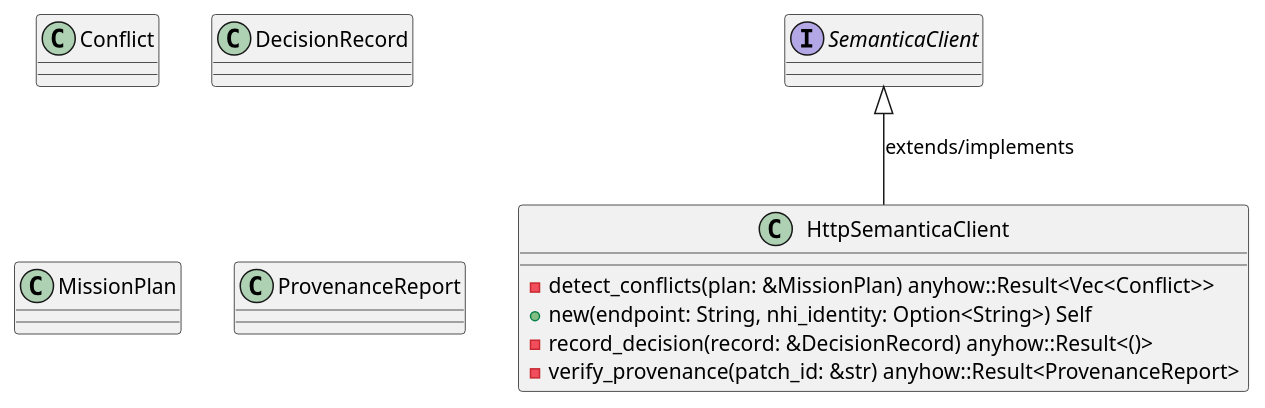
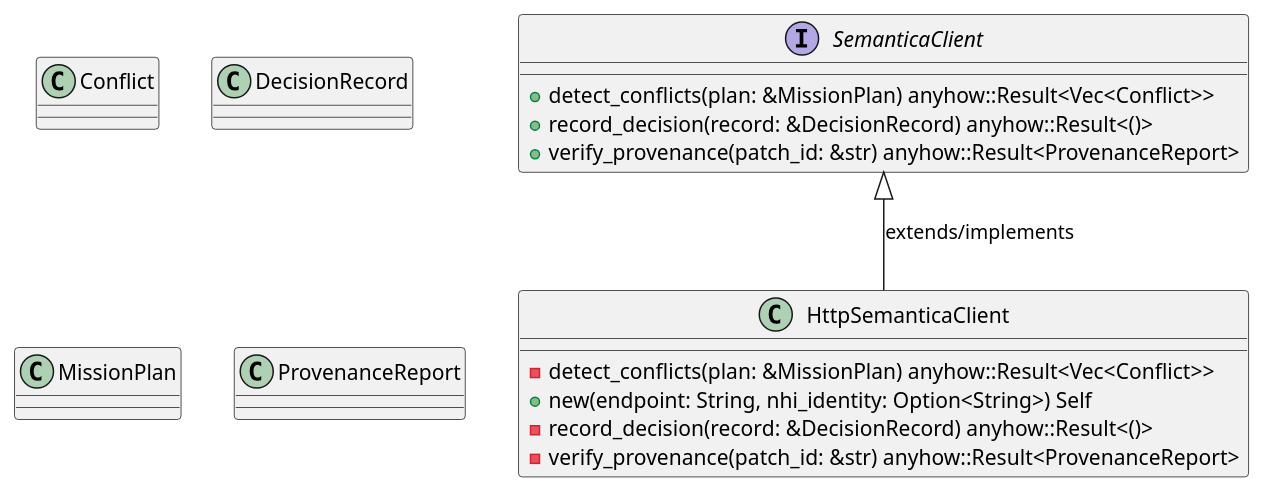
Before and after one commit to lgcorzo/rust_CACD_autonomous_factory: the first of 6 diagrams in openwiki/crates_factory_infrastructure_src_semantica.md, drawn with PlantUML. The commit also changed other lines of this file and 96 other files, not shown here.

````diff
--- a/openwiki/crates_factory_infrastructure_src_semantica.md
+++ b/openwiki/crates_factory_infrastructure_src_semantica.md
@@ -200,22 +288,25 @@
 ```plantuml
 @startuml
 class Conflict {
 }
 class DecisionRecord {
 }
 class HttpSemanticaClient {
     -detect_conflicts(plan: &MissionPlan) anyhow::Result<Vec<Conflict>>
     +new(endpoint: String, nhi_identity: Option<String>) Self
     -record_decision(record: &DecisionRecord) anyhow::Result<()>
     -verify_provenance(patch_id: &str) anyhow::Result<ProvenanceReport>
 }
 SemanticaClient <|-- HttpSemanticaClient : extends/implements
 class MissionPlan {
 }
 class ProvenanceReport {
 }
 interface SemanticaClient {
+    +detect_conflicts(plan: &MissionPlan) anyhow::Result<Vec<Conflict>>
+    +record_decision(record: &DecisionRecord) anyhow::Result<()>
+    +verify_provenance(patch_id: &str) anyhow::Result<ProvenanceReport>
 }
 @enduml
 
 ```
````
